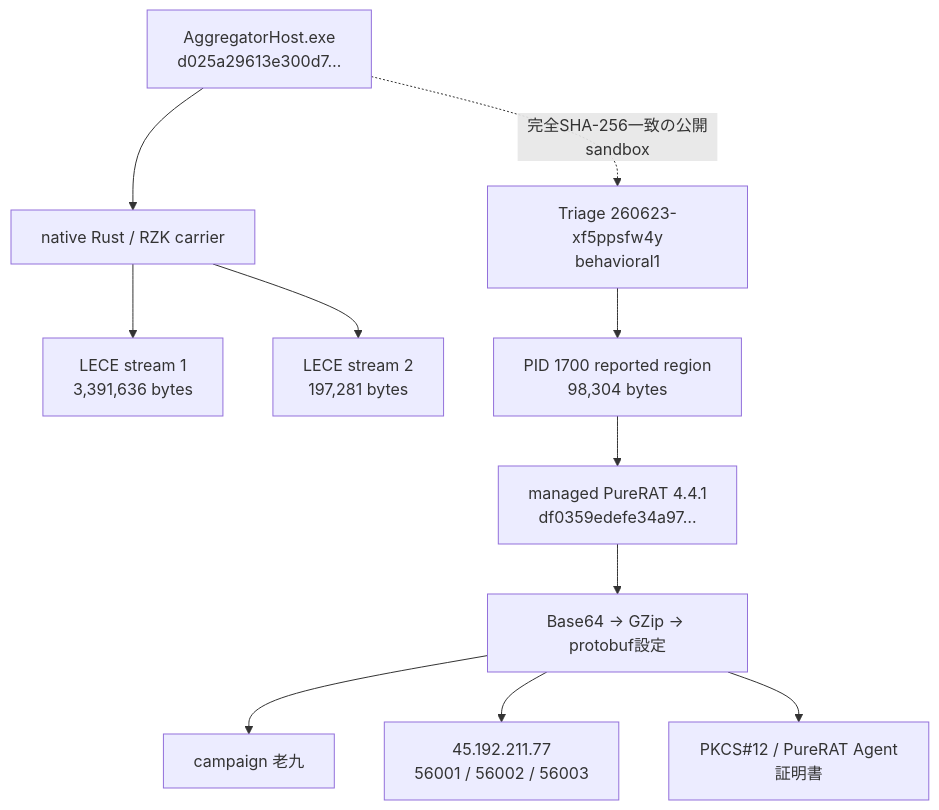
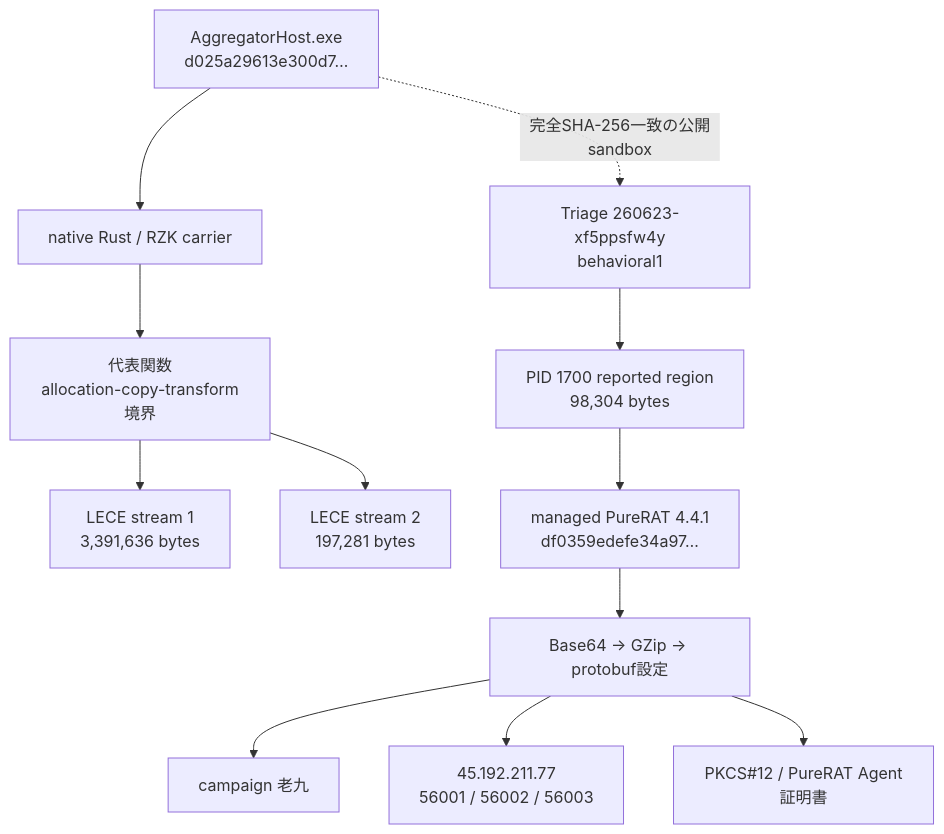
The first of 3 diagrams in analysis-results/malware/purehvnc/versions/v4.4.1/cases/d025a29613e300d7755f878eb1d23d8a8a042cb2d3eb9005d66664ab9b97c677/STATIC-DEEP-DIVE.md (proshiba/AI-security-analysis), drawn with Mermaid before and after one commit. The commit also changed other lines of this file and 153 other files, not shown here.

````diff
--- a/analysis-results/malware/purehvnc/versions/v4.4.1/cases/d025a29613e300d7755f878eb1d23d8a8a042cb2d3eb9005d66664ab9b97c677/STATIC-DEEP-DIVE.md
+++ b/analysis-results/malware/purehvnc/versions/v4.4.1/cases/d025a29613e300d7755f878eb1d23d8a8a042cb2d3eb9005d66664ab9b97c677/STATIC-DEEP-DIVE.md
@@ -5,13 +5,14 @@
 ```mermaid
 flowchart TD
     A["AggregatorHost.exe<br/>d025a29613e300d7…"] --> B["native Rust / RZK carrier"]
-    B --> C["LECE stream 1<br/>3,391,636 bytes"]
-    B --> D["LECE stream 2<br/>197,281 bytes"]
+    B --> R["代表関数<br/>allocation-copy-transform境界"]
+    R --> C["LECE stream 1<br/>3,391,636 bytes"]
+    R --> D["LECE stream 2<br/>197,281 bytes"]
     A -. "完全SHA-256一致の公開sandbox" .-> E["Triage 260623-xf5ppsfw4y<br/>behavioral1"]
     E --> F["PID 1700 reported region<br/>98,304 bytes"]
     F --> G["managed PureRAT 4.4.1<br/>df0359edefe34a97…"]
     G --> H["Base64 → GZip → protobuf設定"]
     H --> I["campaign 老九"]
     H --> J["45.192.211.77<br/>56001 / 56002 / 56003"]
     H --> K["PKCS#12 / PureRAT Agent証明書"]
 ```
````
